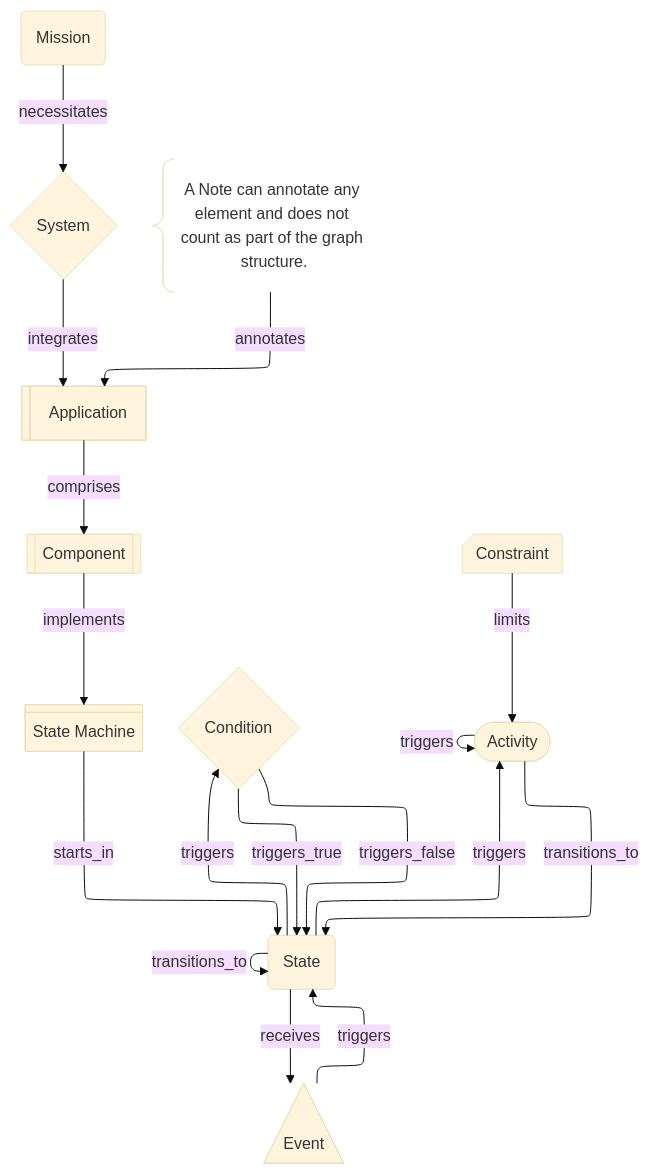
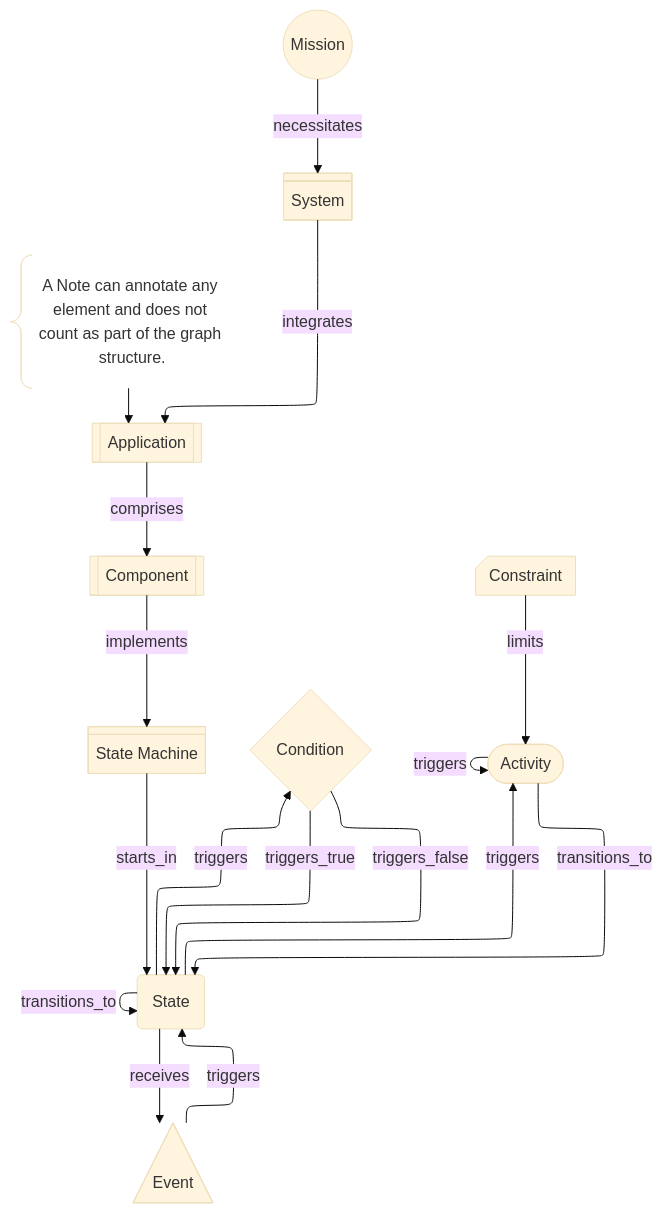
One commit to JEleniel/aurora changed the diagram in docs/views/StateMachine.md. Above: the diagram before and after it, drawn with Mermaid (base theme). The commit also changed other lines of this file and 232 other files, not shown here.

````diff
--- a/docs/views/StateMachine.md
+++ b/docs/views/StateMachine.md
@@ -8,37 +8,37 @@
 ```mermaid
 ---
 config:
   layout: elk
 ---
 graph
-	mission(Mission)
-	system{System}
-	application[Application]@{shape: lin-rect}
+	mission((Mission))
+	system[System]@{shape: div-rect}
+	application[[Application]]
 	component[[Component]]
 	state_machine[State Machine]@{shape: div-rect}
 	state(State)
 	condition{Condition}
 	activity([Activity])
 	event[Event]@{shape: tri}
 	constraint[Constraint]@{shape: card}
 	
 	note[A Note can annotate any element and does not count as part of the graph structure.]@{shape: comment}
 
 	mission -- necessitates --> system
 	system -- integrates --> application
 	application -- comprises --> component
 	component -- implements --> state_machine
 	state_machine -- starts_in --> state
 	state -- transitions_to --> state
 	state -- triggers --> condition
 	condition -- triggers_true --> state
 	condition -- triggers_false --> state
 	state -- receives --> event
 	event -- triggers --> state
 	state -- triggers --> activity
 	activity -- transitions_to --> state
 	activity -- triggers --> activity
 	constraint -- limits --> activity
 
-	note -- annotates --> application
+	note ---> application
 ```
````
